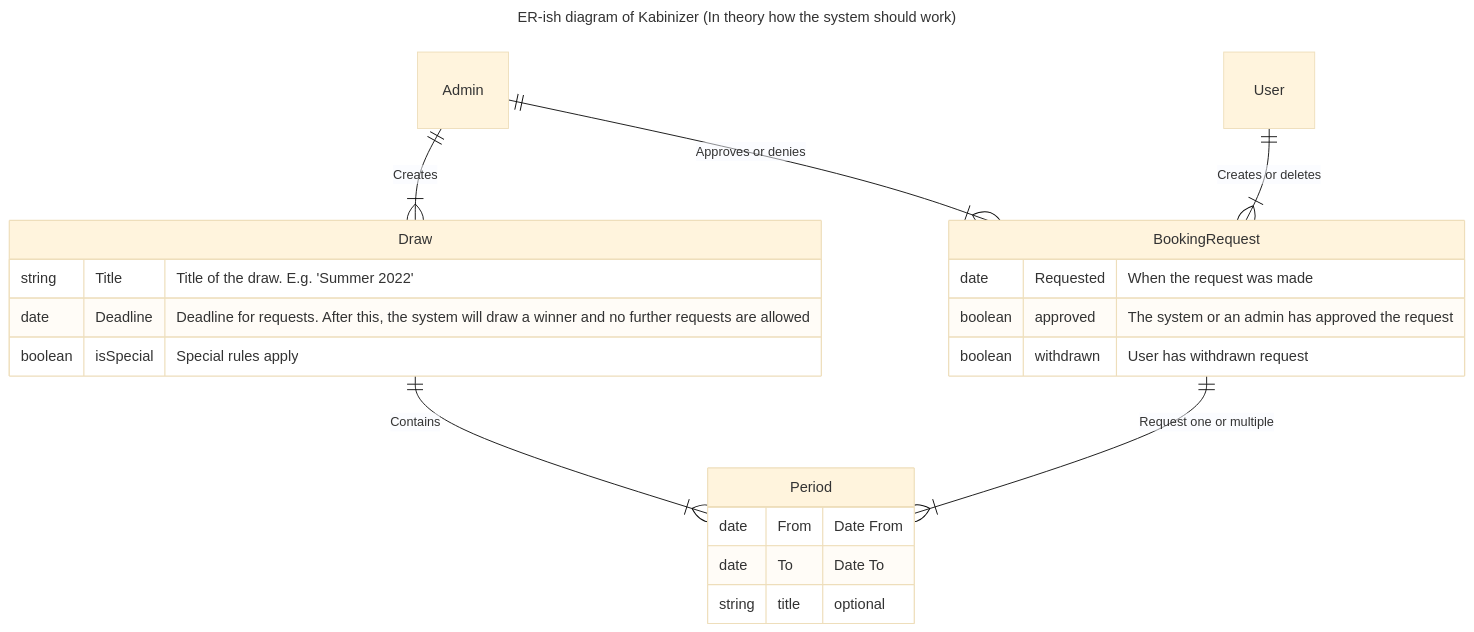
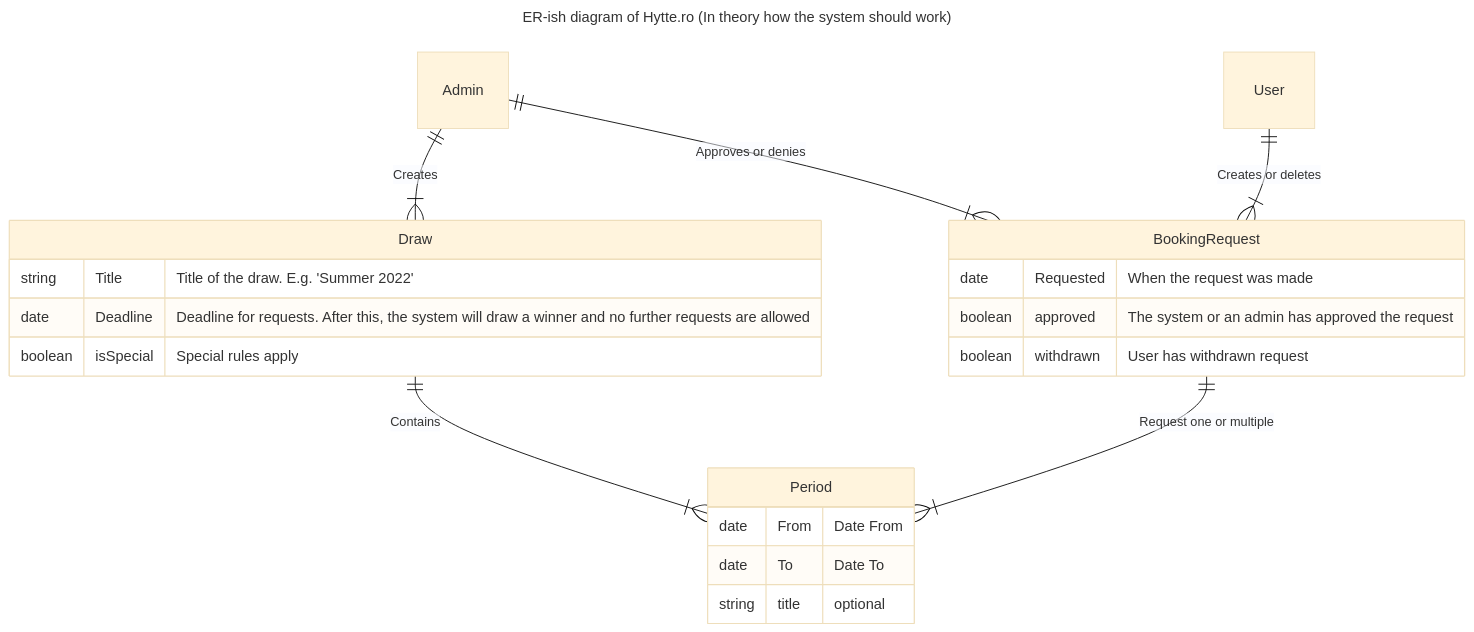
One commit to miles-no/miles_kabinizer changed the diagram in README.md. Above: the diagram before and after it, drawn with Mermaid (base theme). The commit also changed other lines of this file, not shown here.

Commit message:
Kabinizer -> Hytte.ro

````diff
--- a/README.md
+++ b/README.md
@@ -23,26 +36,26 @@
 ```mermaid
 ---
-title: ER-ish diagram of Kabinizer (In theory how the system should work)
+title: ER-ish diagram of Hytte.ro (In theory how the system should work)
 ---
 erDiagram
     Draw {
         string Title "Title of the draw. E.g. 'Summer 2022'"
         date Deadline "Deadline for requests. After this, the system will draw a winner and no further requests are allowed"
         boolean isSpecial "Special rules apply"
     }
     Period {
         date From "Date From"
         date To "Date To"
         string title "optional"
     }
     BookingRequest {
         date Requested "When the request was made"
         boolean approved "The system or an admin has approved the request"
         boolean withdrawn "User has withdrawn request"
     }
     Draw ||--|{ Period: Contains
     BookingRequest ||--|{ Period: "Request one or multiple"
     Admin ||--|{ Draw: Creates
     User ||--|{ BookingRequest: "Creates or deletes"
     Admin ||--|{ BookingRequest: "Approves or denies"
 ```
````
